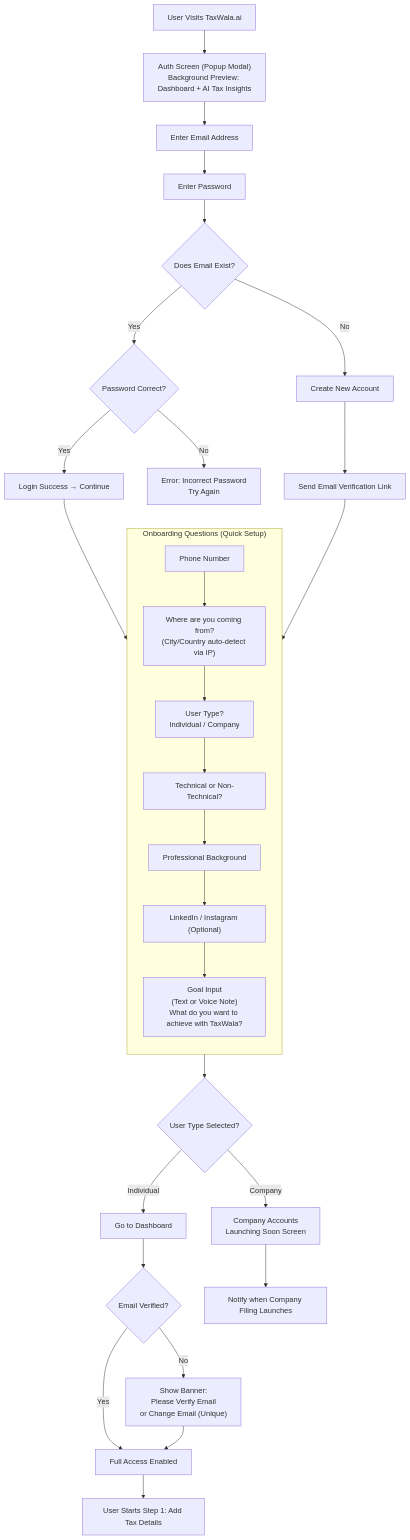
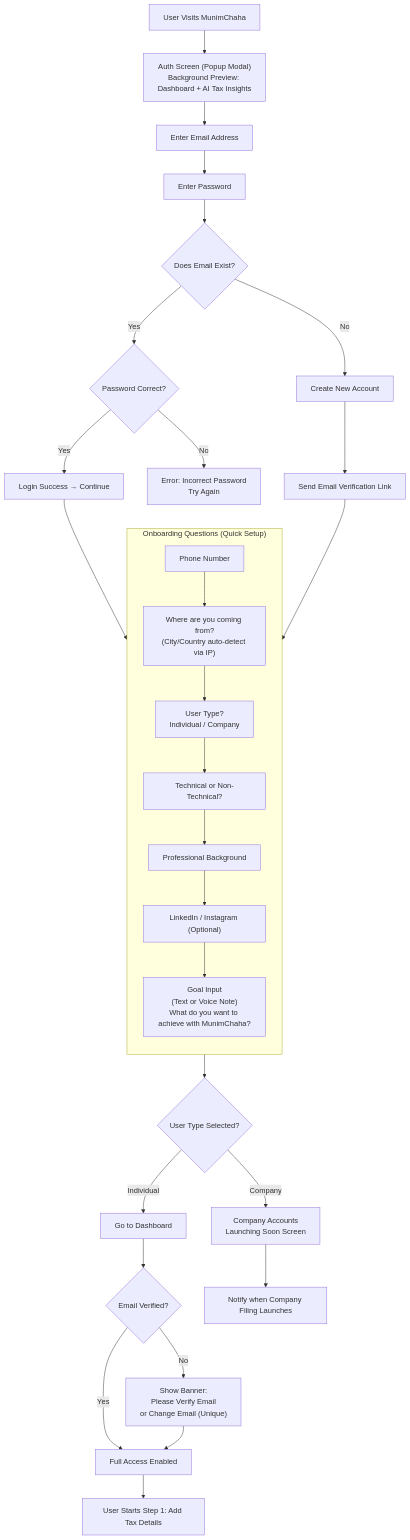
One commit to elitale/taxwala.ai changed the diagram in .diagrams/v1/app-flow/onboarding.md. Above: the diagram before and after it, drawn with Mermaid. The commit also changed other lines of this file and 28 other files, not shown here.

````diff
--- a/.diagrams/v1/app-flow/onboarding.md
+++ b/.diagrams/v1/app-flow/onboarding.md
@@ -40,60 +40,60 @@
 ```mermaid
 flowchart TD
 
-    %% TaxWala.ai Auth + Onboarding Flow (Miro-style UX)
+    %% MunimChaha Auth + Onboarding Flow (Miro-style UX)
 
-    Start["User Visits TaxWala.ai"] --> Landing["Auth Screen (Popup Modal)\nBackground Preview: Dashboard + AI Tax Insights"]
+    Start["User Visits MunimChaha"] --> Landing["Auth Screen (Popup Modal)\nBackground Preview: Dashboard + AI Tax Insights"]
 
     %% Step 1: Email Entry
     Landing --> EmailStep["Enter Email Address"]
     EmailStep --> PasswordStep["Enter Password"]
 
     %% Step 2: Check Account
     PasswordStep --> CheckAccount{"Does Email Exist?"}
 
     %% Existing User Login
     CheckAccount -->|Yes| LoginCheck{"Password Correct?"}
     LoginCheck -->|Yes| SuccessLogin["Login Success → Continue"]
     LoginCheck -->|No| ErrorLogin["Error: Incorrect Password\nTry Again"]
 
     %% New User Signup
     CheckAccount -->|No| CreateAccount["Create New Account"]
     CreateAccount --> SendVerify["Send Email Verification Link"]
 
     %% Step 3: Onboarding Questions
     SuccessLogin --> Onboarding
     SendVerify --> Onboarding
 
     subgraph Onboarding["Onboarding Questions (Quick Setup)"]
         direction TB
         Q1["Phone Number"]
         Q2["Where are you coming from?\n(City/Country auto-detect via IP)"]
         Q3["User Type?\nIndividual / Company"]
         Q4["Technical or Non-Technical?"]
         Q5["Professional Background"]
         Q6["LinkedIn / Instagram (Optional)"]
-        Q7["Goal Input\n(Text or Voice Note)\nWhat do you want to achieve with TaxWala?"]
+        Q7["Goal Input\n(Text or Voice Note)\nWhat do you want to achieve with MunimChaha?"]
 
         Q1 --> Q2 --> Q3 --> Q4 --> Q5 --> Q6 --> Q7
     end
 
     %% Step 4: Routing Based on User Type
     Q7 --> UserTypeDecision{"User Type Selected?"}
 
     %% Individual Flow
     UserTypeDecision -->|Individual| IndividualDash["Go to Dashboard"]
 
     IndividualDash --> EmailStatus{"Email Verified?"}
 
     EmailStatus -->|Yes| FullAccess["Full Access Enabled"]
     EmailStatus -->|No| VerifyReminder["Show Banner:\nPlease Verify Email\nor Change Email (Unique)"]
 
     VerifyReminder --> FullAccess
 
     %% Company Flow
     UserTypeDecision -->|Company| CompanyWait["Company Accounts\nLaunching Soon Screen"]
 
     %% End States
     FullAccess --> End["User Starts Step 1: Add Tax Details"]
     CompanyWait --> EndCompany["Notify when Company Filing Launches"]
 ```
````
